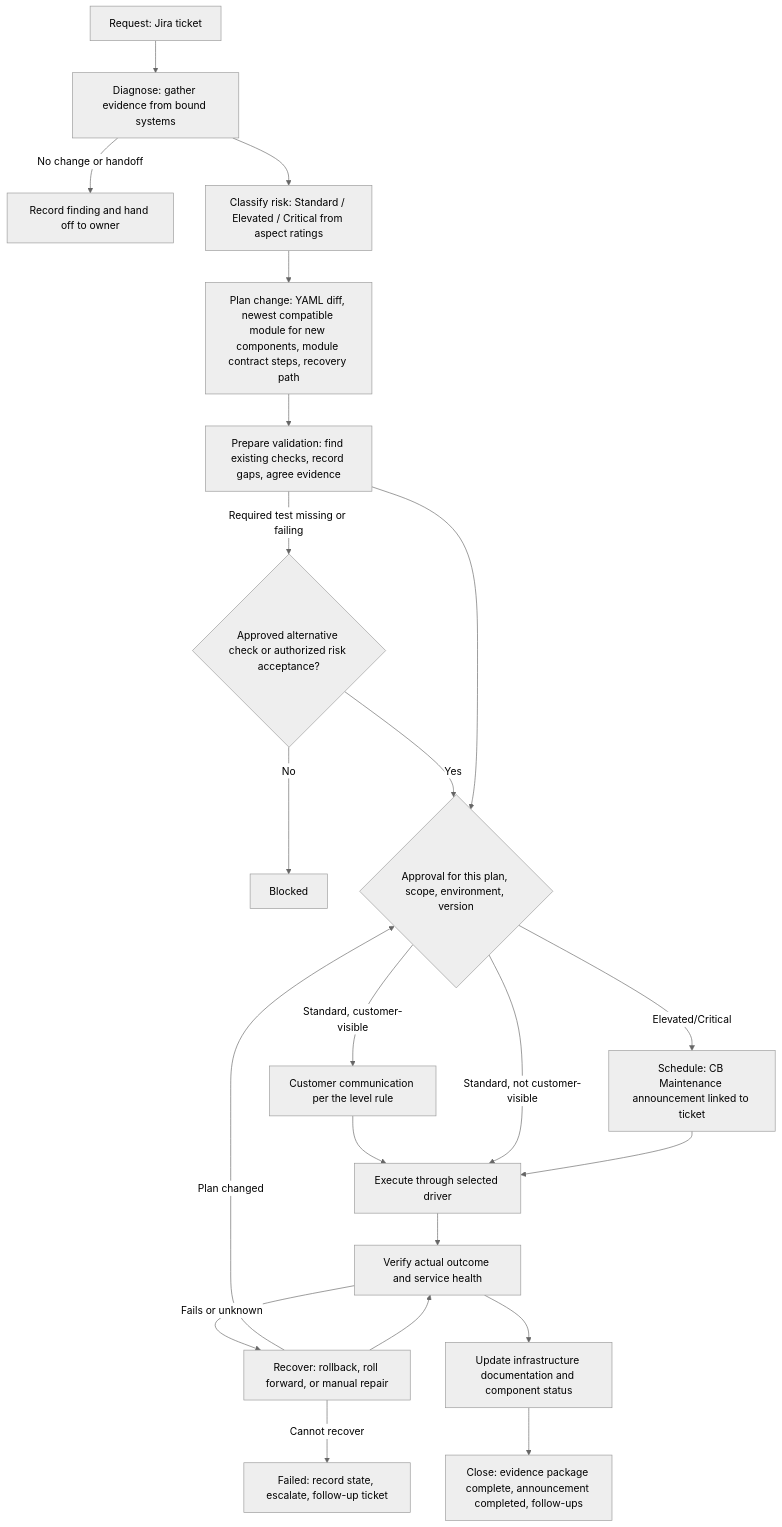
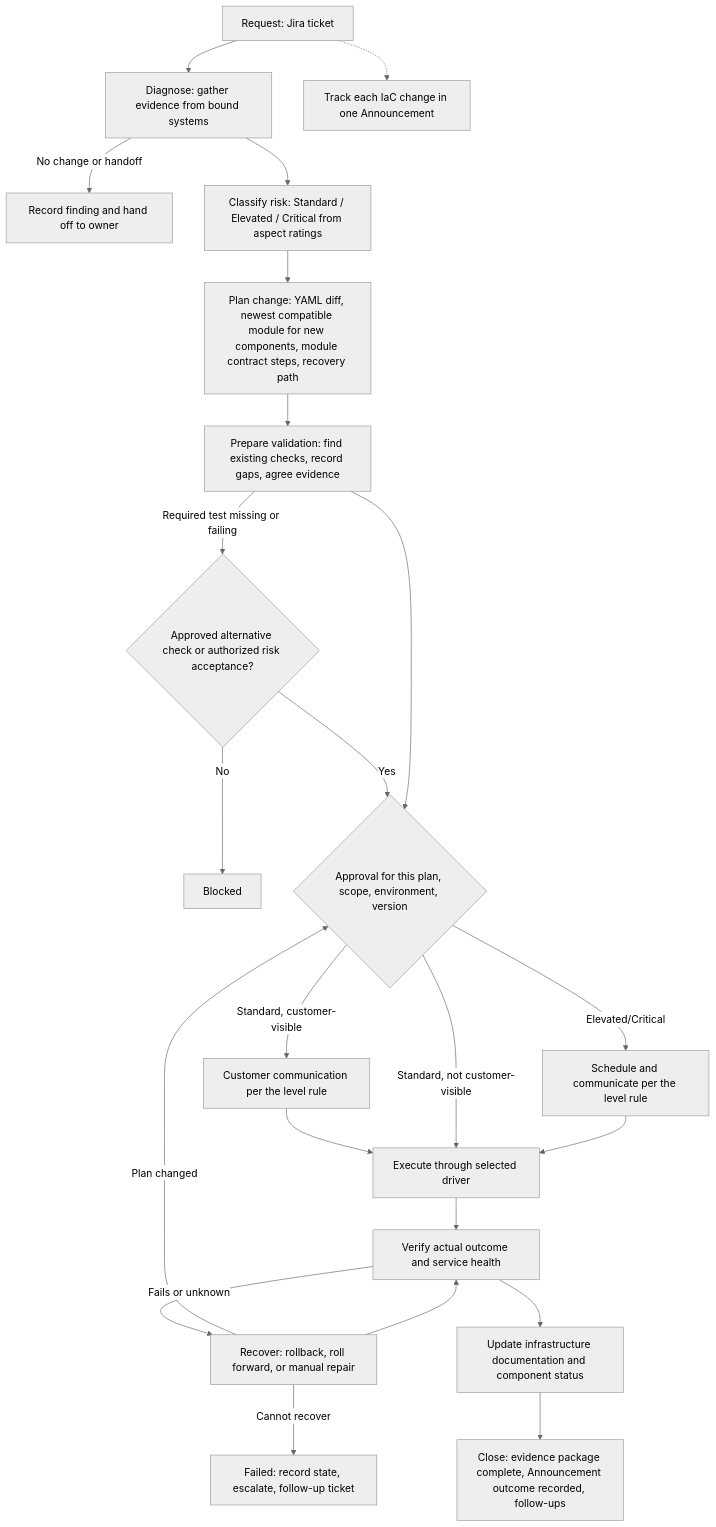
Before and after one commit to dasmeta/boilerplate-infrastructure: the diagram in docs/plans/DMVP-10650-delivery-platform-planning.md, drawn with Mermaid (neutral theme). The commit also changed other lines of this file, not shown here.

````diff
--- a/docs/plans/DMVP-10650-delivery-platform-planning.md
+++ b/docs/plans/DMVP-10650-delivery-platform-planning.md
@@ -208,24 +210,25 @@
 ```mermaid
 flowchart TD
   A[Request: Jira ticket] --> B[Diagnose: gather evidence from bound systems]
+  A -.-> T[Track each IaC change in one Announcement]
   B -->|No change or handoff| Z1[Record finding and hand off to owner]
   B --> C[Classify risk: Standard / Elevated / Critical from aspect ratings]
   C --> D[Plan change: YAML diff, newest compatible module for new components, module contract steps, recovery path]
   D --> E[Prepare validation: find existing checks, record gaps, agree evidence]
   E -->|Required test missing or failing| E2{Approved alternative check or authorized risk acceptance?}
   E2 -->|No| X[Blocked]
   E2 -->|Yes| F
   E --> F{Approval for this plan, scope, environment, version}
-  F -->|Elevated/Critical| G[Schedule: CB Maintenance announcement linked to ticket]
+  F -->|Elevated/Critical| G[Schedule and communicate per the level rule]
   F -->|Standard, customer-visible| G2[Customer communication per the level rule]
   G2 --> H
   F -->|Standard, not customer-visible| H
   G --> H[Execute through selected driver]
   H --> I[Verify actual outcome and service health]
   I -->|Fails or unknown| R[Recover: rollback, roll forward, or manual repair]
   R -->|Plan changed| F
   R --> I
   R -->|Cannot recover| FL[Failed: record state, escalate, follow-up ticket]
   I --> J[Update infrastructure documentation and component status]
-  J --> K[Close: evidence package complete, announcement completed, follow-ups]
+  J --> K[Close: evidence package complete, Announcement outcome recorded, follow-ups]
 ```
````
